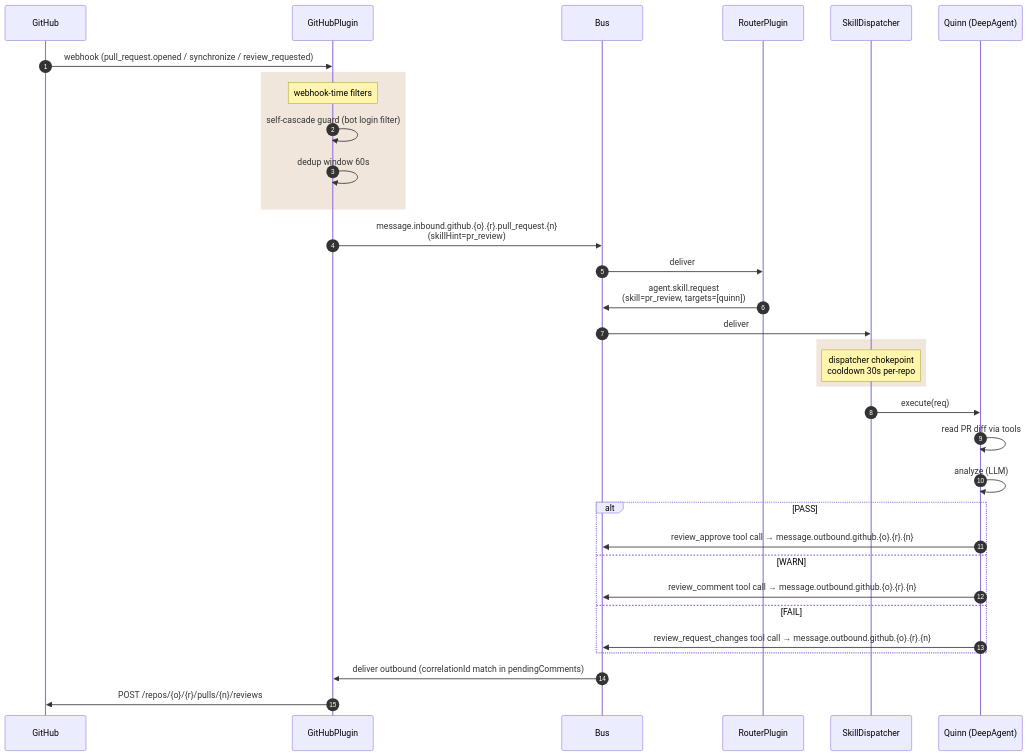
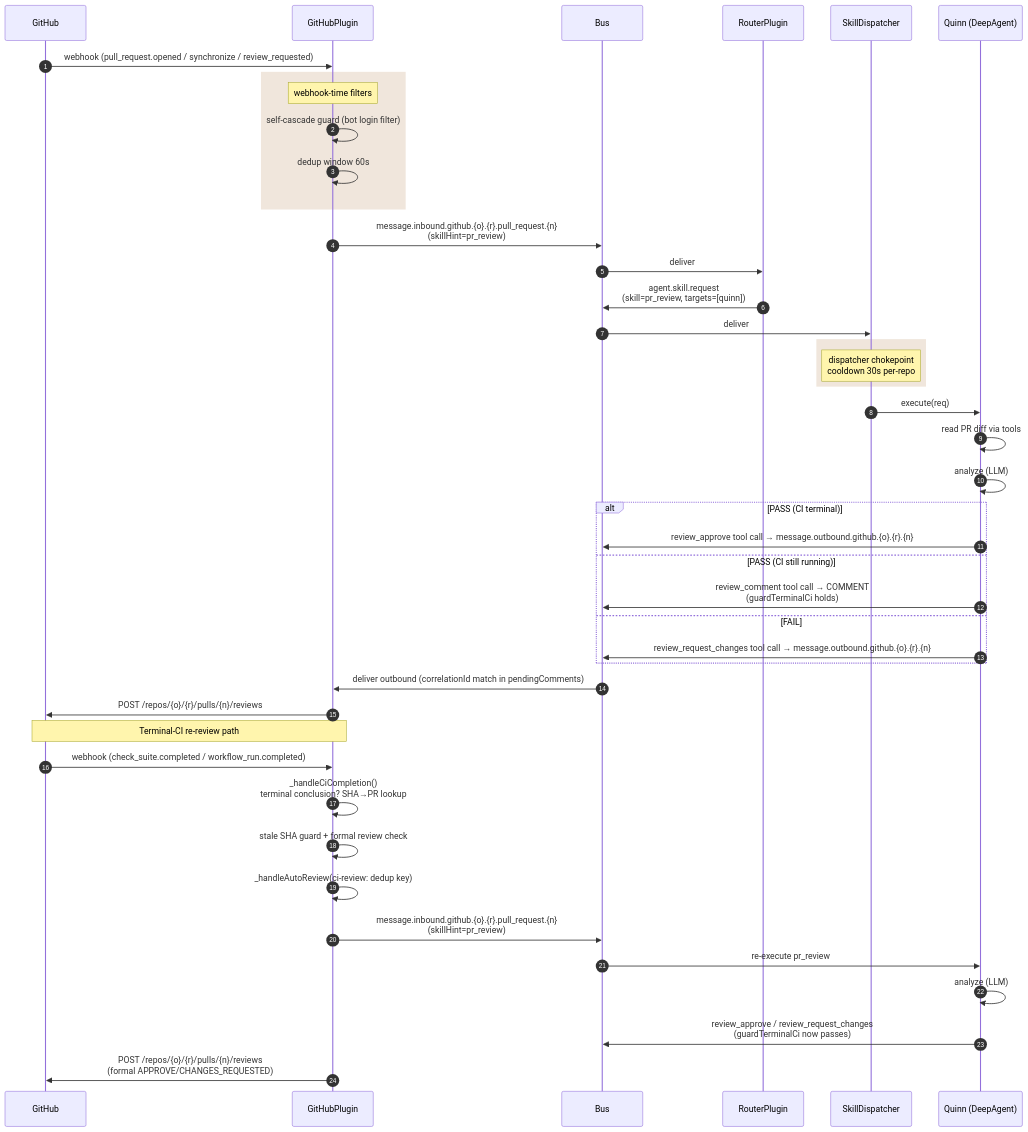
The diagram in docs/architecture/flow-pr-review.md (protoLabsAI/protoWorkstacean), drawn with Mermaid before and after one commit. The commit also changed other lines of this file and 3 other files, not shown here.

First line of the commit message:
feat: add terminal-CI re-review trigger for Quinn PR reviews

````diff
--- a/docs/architecture/flow-pr-review.md
+++ b/docs/architecture/flow-pr-review.md
@@ -92,42 +106,53 @@
 ```mermaid
 sequenceDiagram
     autonumber
     participant GH as GitHub
     participant GP as GitHubPlugin
     participant Bus as Bus
     participant R as RouterPlugin
     participant SD as SkillDispatcher
     participant Q as Quinn (DeepAgent)
 
     GH->>GP: webhook (pull_request.opened / synchronize / review_requested)
 
     rect rgb(240, 230, 220)
         Note over GP: webhook-time filters
         GP->>GP: self-cascade guard (bot login filter)
         GP->>GP: dedup window 60s
     end
 
     GP->>Bus: message.inbound.github.{o}.{r}.pull_request.{n}<br/>(skillHint=pr_review)
     Bus->>R: deliver
     R->>Bus: agent.skill.request<br/>(skill=pr_review, targets=[quinn])
     Bus->>SD: deliver
 
     rect rgb(240, 230, 220)
         Note over SD: dispatcher chokepoint<br/>cooldown 30s per-repo
     end
 
     SD->>Q: execute(req)
     Q->>Q: read PR diff via tools
     Q->>Q: analyze (LLM)
 
-    alt PASS
+    alt PASS (CI terminal)
         Q->>Bus: review_approve tool call → message.outbound.github.{o}.{r}.{n}
-    else WARN
-        Q->>Bus: review_comment tool call → message.outbound.github.{o}.{r}.{n}
+    else PASS (CI still running)
+        Q->>Bus: review_comment tool call → COMMENT<br/>(guardTerminalCi holds)
     else FAIL
         Q->>Bus: review_request_changes tool call → message.outbound.github.{o}.{r}.{n}
     end
 
     Bus->>GP: deliver outbound (correlationId match in pendingComments)
     GP->>GH: POST /repos/{o}/{r}/pulls/{n}/reviews
+
+    Note over GH,GP: Terminal-CI re-review path
+    GH->>GP: webhook (check_suite.completed / workflow_run.completed)
+    GP->>GP: _handleCiCompletion()<br/>terminal conclusion? SHA→PR lookup
+    GP->>GP: stale SHA guard + formal review check
+    GP->>GP: _handleAutoReview(ci-review: dedup key)
+    GP->>Bus: message.inbound.github.{o}.{r}.pull_request.{n}<br/>(skillHint=pr_review)
+    Bus->>Q: re-execute pr_review
+    Q->>Q: analyze (LLM)
+    Q->>Bus: review_approve / review_request_changes<br/>(guardTerminalCi now passes)
+    GP->>GH: POST /repos/{o}/{r}/pulls/{n}/reviews<br/>(formal APPROVE/CHANGES_REQUESTED)
 ```
````
